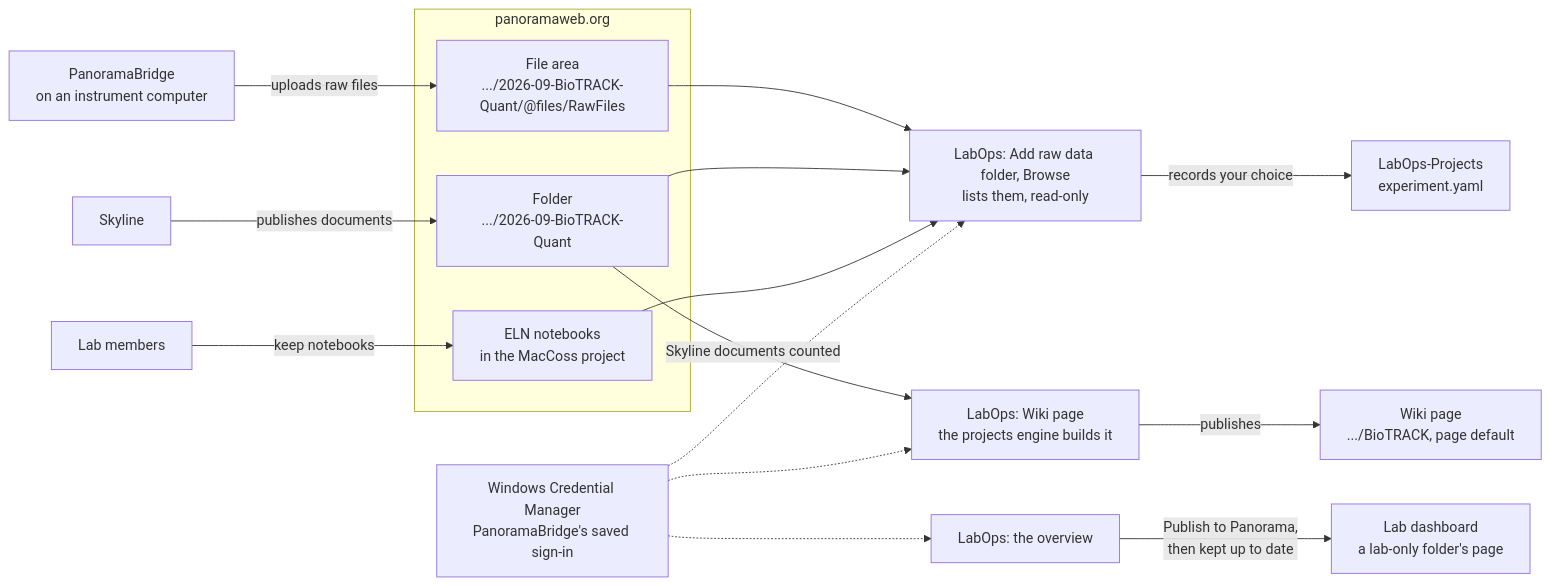
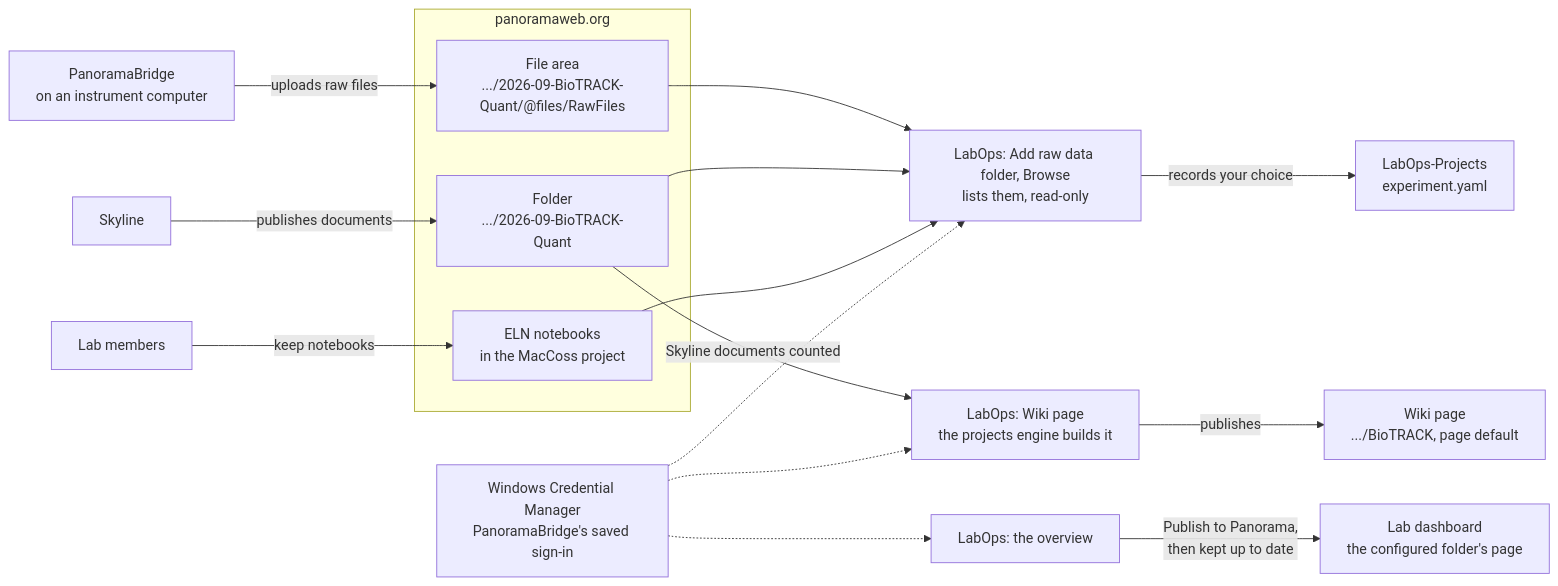
Before and after one commit to uw-maccosslab/LabOps: the second of 6 diagrams in docs/architecture.md, drawn with Mermaid. The commit also changed other lines of this file and 3 other files, not shown here.

````diff
--- a/docs/architecture.md
+++ b/docs/architecture.md
@@ -72,21 +73,21 @@
 ```mermaid
 flowchart LR
     bridge["PanoramaBridge<br/>on an instrument computer"] -->|"uploads raw files"| rawFiles
     skyline["Skyline"] -->|"publishes documents"| folder
     people["Lab members"] -->|"keep notebooks"| eln
     subgraph panoramaSite["panoramaweb.org"]
         rawFiles["File area<br/>.../2026-09-BioTRACK-Quant/@files/RawFiles"]
         folder["Folder<br/>.../2026-09-BioTRACK-Quant"]
         eln["ELN notebooks<br/>in the MacCoss project"]
     end
     rawFiles --> browse["LabOps: Add raw data folder, Browse<br/>lists them, read-only"]
     folder --> browse
     eln --> browse
     creds["Windows Credential Manager<br/>PanoramaBridge's saved sign-in"] -.-> browse
     browse -->|"records your choice"| experiment["LabOps-Projects<br/>experiment.yaml"]
     folder -->|"Skyline documents counted"| wikiBuild["LabOps: Wiki page<br/>the projects engine builds it"]
     wikiBuild -->|"publishes"| wikiPage["Wiki page<br/>.../BioTRACK, page default"]
     creds -.-> wikiBuild
-    overview["LabOps: the overview"] -->|"Publish to Panorama,<br/>then kept up to date"| dashboard["Lab dashboard<br/>a lab-only folder's page"]
+    overview["LabOps: the overview"] -->|"Publish to Panorama,<br/>then kept up to date"| dashboard["Lab dashboard<br/>the configured folder's page"]
     creds -.-> overview
 ```
````
